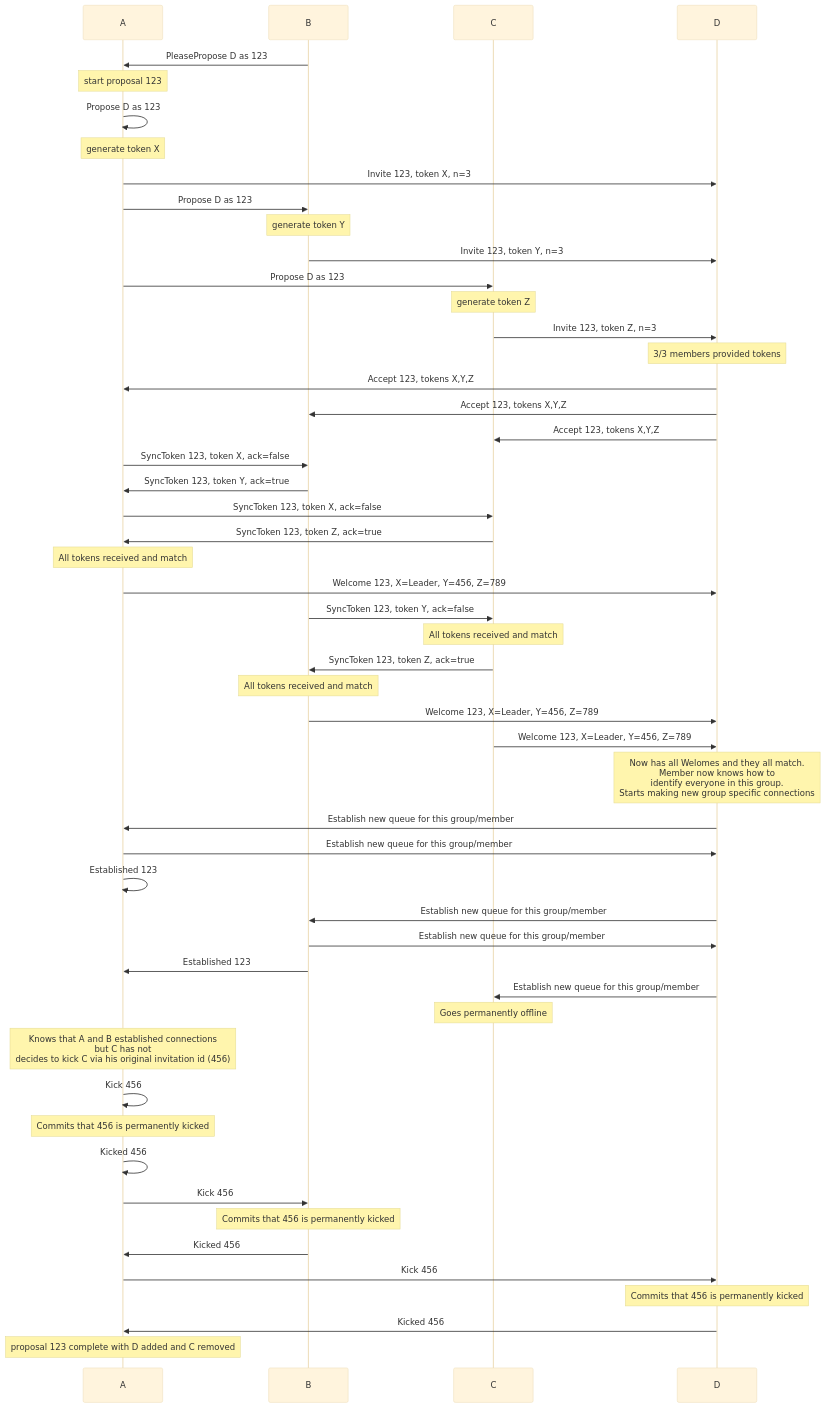
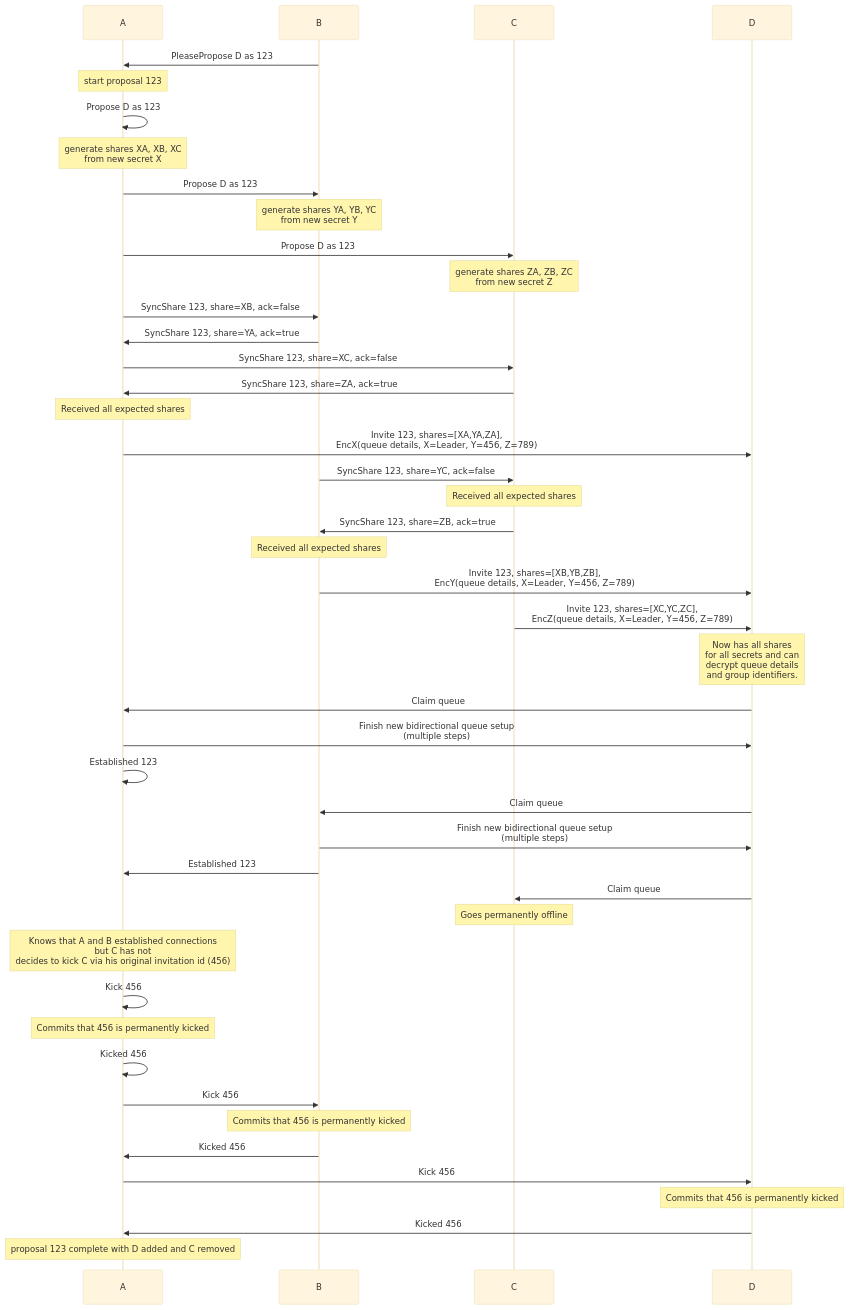
The eighth of 8 diagrams in rfcs/2022-06-11-private-groups.md (simplex-chat/simplexmq), drawn with Mermaid (base theme) before and after one commit. The commit also changed other lines of this file and 1 other file, not shown here.

Commit message:
Update the remainder of the RFC markdown file to describe the secret splitting approach, rather than the original token based approach.

````diff
--- a/rfcs/2022-06-11-private-groups.md
+++ b/rfcs/2022-06-11-private-groups.md
@@ -546,54 +547,47 @@
 ```mermaid
 sequenceDiagram
     participant A
     participant B
     participant C
     participant D
     B->>A: PleasePropose D as 123
     note over A: start proposal 123
     A->>A: Propose D as 123
-    note over A: generate token X
-    A->>D: Invite 123, token X, n=3
+    note over A: generate shares XA, XB, XC<br>from new secret X
     A->>B: Propose D as 123
-    note over B: generate token Y
-    B->>D: Invite 123, token Y, n=3
+    note over B: generate shares YA, YB, YC<br>from new secret Y
     A->>C: Propose D as 123
-    note over C: generate token Z
-    C->>D: Invite 123, token Z, n=3
-    note over D: 3/3 members provided tokens
-    D->>A: Accept 123, tokens X,Y,Z
-    D->>B: Accept 123, tokens X,Y,Z
-    D->>C: Accept 123, tokens X,Y,Z
-    A->>B: SyncToken 123, token X, ack=false
-    B->>A: SyncToken 123, token Y, ack=true
-    A->>C: SyncToken 123, token X, ack=false
-    C->>A: SyncToken 123, token Z, ack=true
-    note over A: All tokens received and match
-    A->>D: Welcome 123, X=Leader, Y=456, Z=789
-    B->>C: SyncToken 123, token Y, ack=false
-    note over C: All tokens received and match
-    C->>B: SyncToken 123, token Z, ack=true
-    note over B: All tokens received and match
-    B->>D: Welcome 123, X=Leader, Y=456, Z=789
-    C->>D: Welcome 123, X=Leader, Y=456, Z=789
-    note over D: Now has all Welomes and they all match.<br>Member now knows how to<br>identify everyone in this group.<br>Starts making new group specific connections
-    D->>A: Establish new queue for this group/member
-    A->>D: Establish new queue for this group/member
+    note over C: generate shares ZA, ZB, ZC<br>from new secret Z
+    A->>B: SyncShare 123, share=XB, ack=false
+    B->>A: SyncShare 123, share=YA, ack=true
+    A->>C: SyncShare 123, share=XC, ack=false
+    C->>A: SyncShare 123, share=ZA, ack=true
+    note over A: Received all expected shares
+    A->>D: Invite 123, shares=[XA,YA,ZA],<br>EncX(queue details, X=Leader, Y=456, Z=789)
+    B->>C: SyncShare 123, share=YC, ack=false
+    note over C: Received all expected shares
+    C->>B: SyncShare 123, share=ZB, ack=true
+    note over B: Received all expected shares
+    B->>D: Invite 123, shares=[XB,YB,ZB],<br>EncY(queue details, X=Leader, Y=456, Z=789)
+    C->>D: Invite 123, shares=[XC,YC,ZC],<br>EncZ(queue details, X=Leader, Y=456, Z=789)
+    note over D: Now has all shares<br>for all secrets and can<br>decrypt queue details<br>and group identifiers.
+    D->>A: Claim queue
+    A->>D: Finish new bidirectional queue setup<br>(multiple steps)
     A->>A: Established 123
-    D->>B: Establish new queue for this group/member
-    B->>D: Establish new queue for this group/member
+    D->>B: Claim queue
+    B->>D: Finish new bidirectional queue setup<br>(multiple steps)
     B->>A: Established 123
-    D->>C: Establish new queue for this group/member
+    D->>C: Claim queue
     note over C: Goes permanently offline
     note over A: Knows that A and B established connections<br>but C has not<br>decides to kick C via his original invitation id (456)
     A->>A: Kick 456
     note over A: Commits that 456 is permanently kicked
     A->>A: Kicked 456
     A->>B: Kick 456
     note over B: Commits that 456 is permanently kicked
     B->>A: Kicked 456
     A->>D: Kick 456
     note over D: Commits that 456 is permanently kicked
     D->>A: Kicked 456
     note over A: proposal 123 complete with D added and C removed
 ```
````
